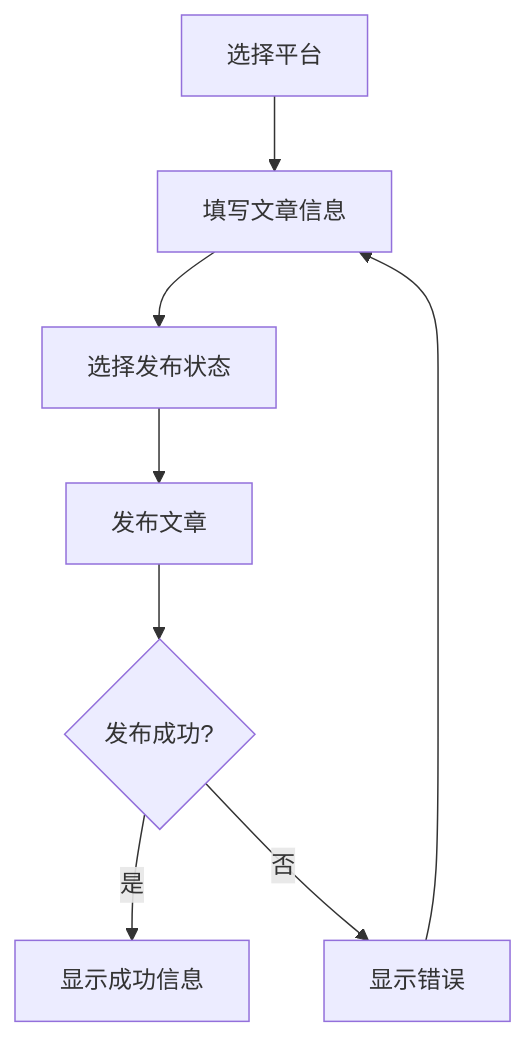
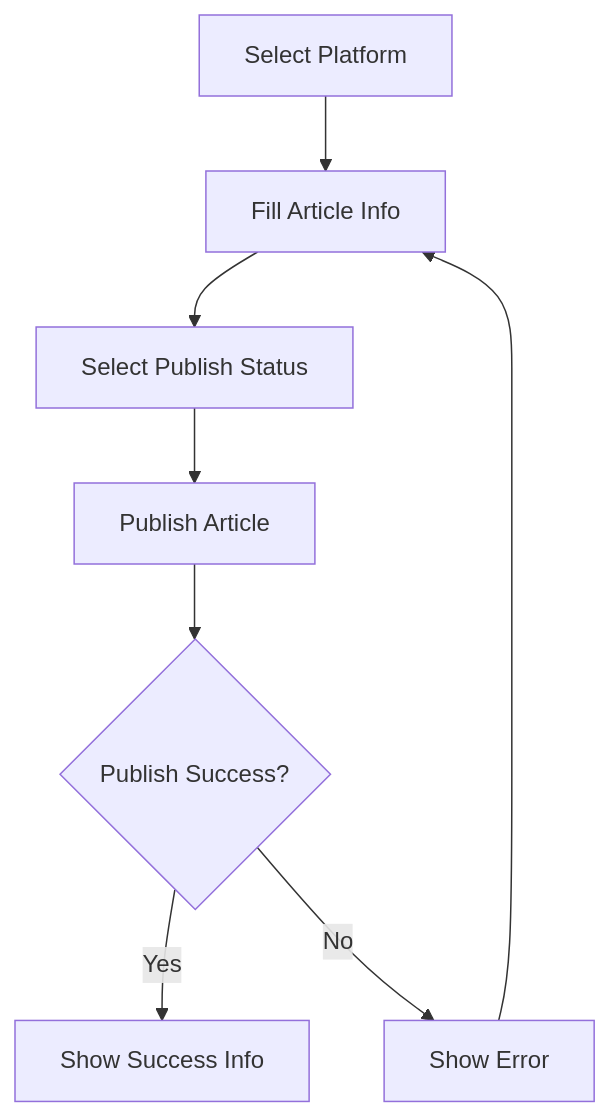
The fifth of 7 diagrams in DEVELOPMENT.md (terwer/siyuan-plugin-publisher), drawn with Mermaid before and after one commit. The commit also changed other lines of this file and 1 other file, not shown here.

First line of the commit message:
docs(DEVELOPMENT): update plugin system architecture and development guidelines

````diff
--- a/DEVELOPMENT.md
+++ b/DEVELOPMENT.md
@@ -505,10 +189,10 @@
 ```mermaid
 graph TD
-    A[选择平台] --> B[填写文章信息]
-    B --> C[选择发布状态]
-    C --> D[发布文章]
-    D --> E{发布成功?}
-    E -->|是| F[显示成功信息]
-    E -->|否| G[显示错误]
+    A[Select Platform] --> B[Fill Article Info]
+    B --> C[Select Publish Status]
+    C --> D[Publish Article]
+    D --> E{Publish Success?}
+    E -->|Yes| F[Show Success Info]
+    E -->|No| G[Show Error]
     G --> B
 ```
````
